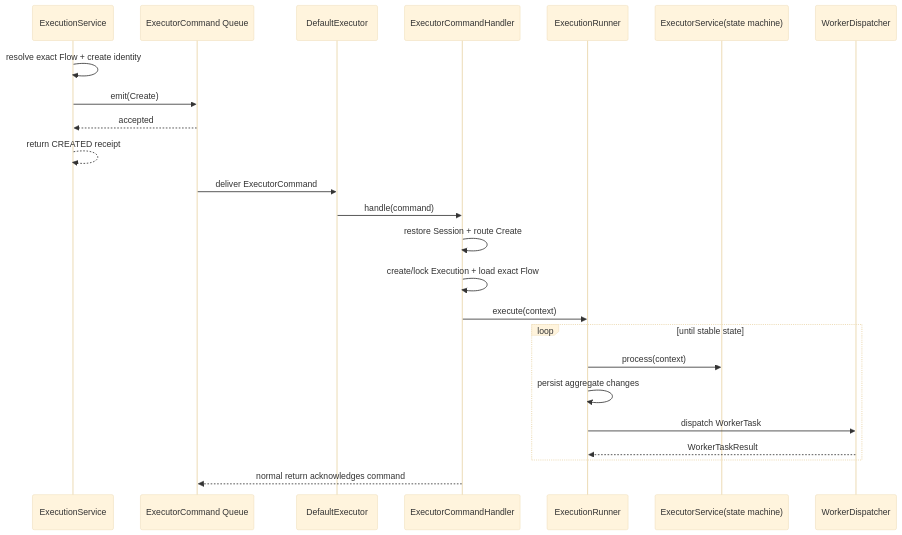
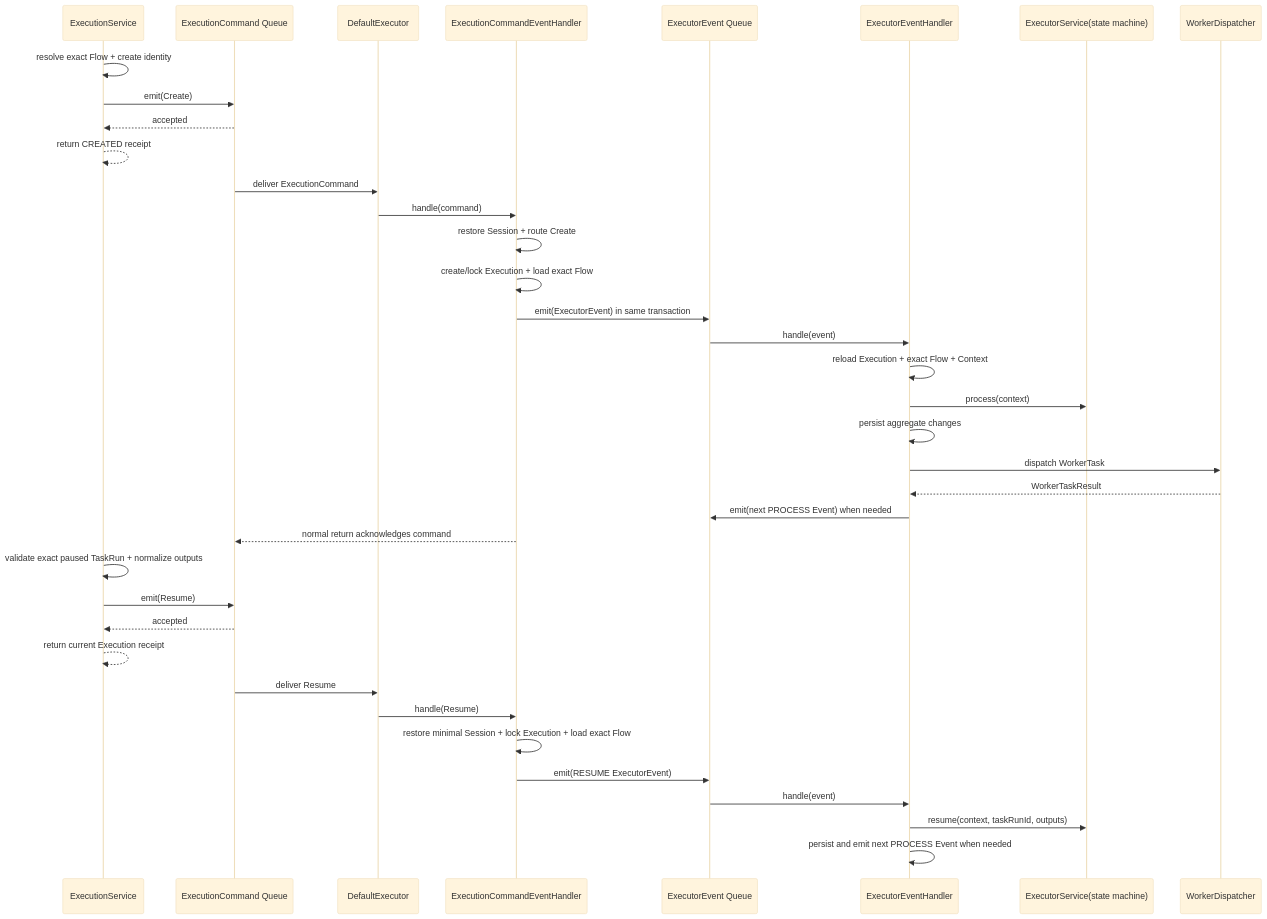
The diagram in docs/decisions/0051-start-executions-through-dispatch-queue.md (Eiddy5/flow), drawn with Mermaid (base theme) before and after one commit. The commit also changed other lines of this file and 88 other files, not shown here.

````diff
--- a/docs/decisions/0051-start-executions-through-dispatch-queue.md
+++ b/docs/decisions/0051-start-executions-through-dispatch-queue.md
@@ -87,27 +104,41 @@
 ```mermaid
 sequenceDiagram
     participant S as ExecutionService
-    participant Q as ExecutorCommand Queue
+    participant Q as ExecutionCommand Queue
     participant D as DefaultExecutor
-    participant H as ExecutorCommandHandler
-    participant R as ExecutionRunner
+    participant H as ExecutionCommandEventHandler
+    participant Q2 as ExecutorEvent Queue
+    participant R as ExecutorEventHandler
     participant E as ExecutorService(state machine)
     participant W as WorkerDispatcher
 
     S->>S: resolve exact Flow + create identity
     S->>Q: emit(Create)
     Q-->>S: accepted
     S-->>S: return CREATED receipt
-    Q->>D: deliver ExecutorCommand
+    Q->>D: deliver ExecutionCommand
     D->>H: handle(command)
     H->>H: restore Session + route Create
     H->>H: create/lock Execution + load exact Flow
-    H->>R: execute(context)
-    loop until stable state
-        R->>E: process(context)
-        R->>R: persist aggregate changes
-        R->>W: dispatch WorkerTask
-        W-->>R: WorkerTaskResult
-    end
+    H->>Q2: emit(ExecutorEvent) in same transaction
+    Q2->>R: handle(event)
+    R->>R: reload Execution + exact Flow + Context
+    R->>E: process(context)
+    R->>R: persist aggregate changes
+    R->>W: dispatch WorkerTask
+    W-->>R: WorkerTaskResult
+    R->>Q2: emit(next PROCESS Event) when needed
     H-->>Q: normal return acknowledges command
+
+    S->>S: validate exact paused TaskRun + normalize outputs
+    S->>Q: emit(Resume)
+    Q-->>S: accepted
+    S-->>S: return current Execution receipt
+    Q->>D: deliver Resume
+    D->>H: handle(Resume)
+    H->>H: restore minimal Session + lock Execution + load exact Flow
+    H->>Q2: emit(RESUME ExecutorEvent)
+    Q2->>R: handle(event)
+    R->>E: resume(context, taskRunId, outputs)
+    R->>R: persist and emit next PROCESS Event when needed
 ```
````
